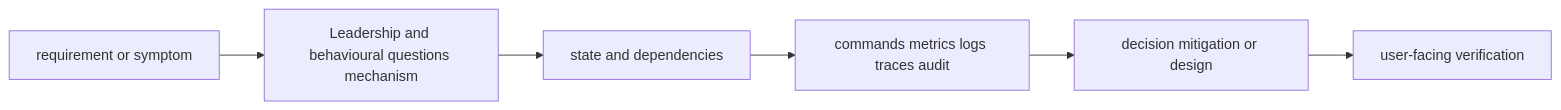
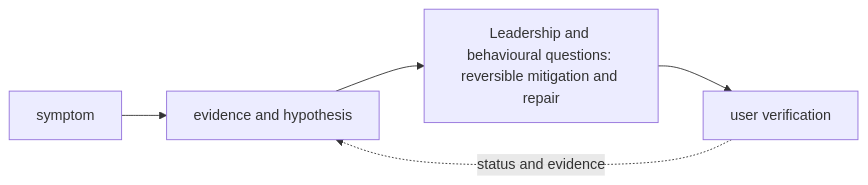
One commit to tomkidumbuyo/DevOps-interview-preparation changed the diagram in 13-scenarios/06-leadership-and-behavioural-questions/README.md. Above: the diagram before and after it, drawn with Mermaid. The commit also changed other lines of this file and 753 other files, not shown here.

````diff
--- a/13-scenarios/06-leadership-and-behavioural-questions/README.md
+++ b/13-scenarios/06-leadership-and-behavioural-questions/README.md
@@ -21,8 +31,7 @@
 ```mermaid
 flowchart LR
-  R[requirement or symptom] --> M[Leadership and behavioural questions mechanism]
-  M --> S[state and dependencies]
-  S --> O[commands metrics logs traces audit]
-  O --> D[decision mitigation or design]
-  D --> V[user-facing verification]
+  A["symptom"] --> B["evidence and hypothesis"]
+  B --> C["Leadership and behavioural questions: reversible mitigation and repair"]
+  C --> D["user verification"]
+  D -. "status and evidence" .-> B
 ```
````
